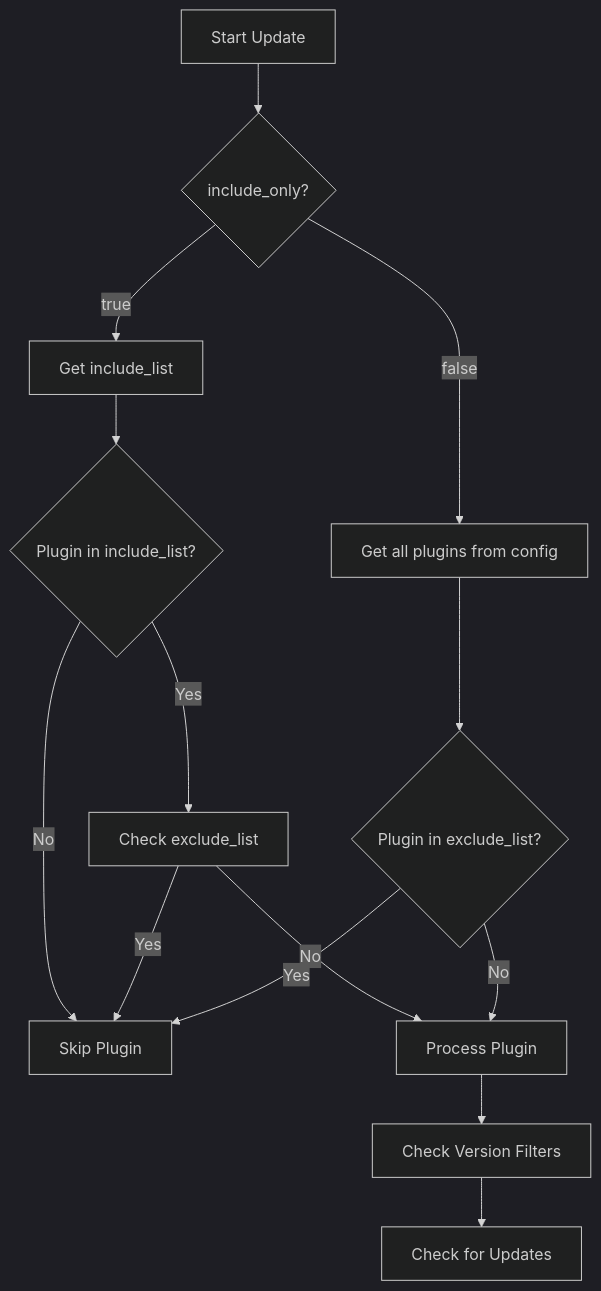
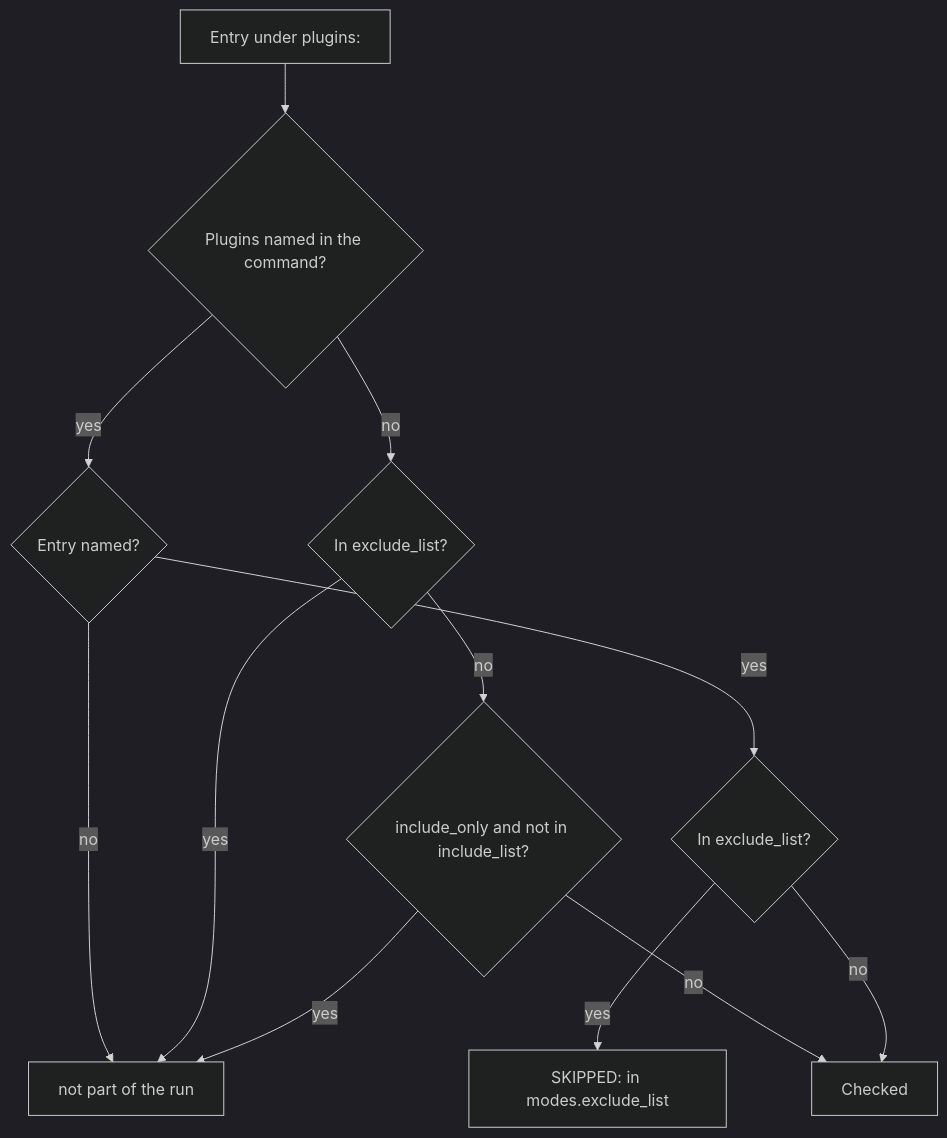
One commit to Hanafubuki-minecraft/hanafubuki-plugin-updater changed the first of 2 diagrams in docs/configuration.md. Above: the diagram before and after it, drawn with Mermaid (dark theme). The commit also changed other lines of this file and 6 other files, not shown here.

````diff
--- a/docs/configuration.md
+++ b/docs/configuration.md
@@ -195,16 +537,14 @@
 ```mermaid
 flowchart TD
-    A[Start Update] --> B{include_only?}
-    B -->|true| C[Get include_list]
-    B -->|false| D[Get all plugins from config]
-    C --> E{Plugin in include_list?}
-    D --> F{Plugin in exclude_list?}
-    E -->|Yes| G[Check exclude_list]
-    E -->|No| H[Skip Plugin]
-    G -->|Yes| H
-    G -->|No| I[Process Plugin]
-    F -->|Yes| H
-    F -->|No| I
-    I --> J[Check Version Filters]
-    J --> K[Check for Updates]
+    A[Entry under plugins:] --> B{Plugins named in the command?}
+    B -->|yes| C{Entry named?}
+    C -->|no| X[not part of the run]
+    C -->|yes| E{In exclude_list?}
+    B -->|no| D{In exclude_list?}
+    D -->|yes| X
+    D -->|no| F{include_only and not in include_list?}
+    F -->|yes| X
+    F -->|no| G[Checked]
+    E -->|yes| S[SKIPPED: in modes.exclude_list]
+    E -->|no| G
 ```
````
